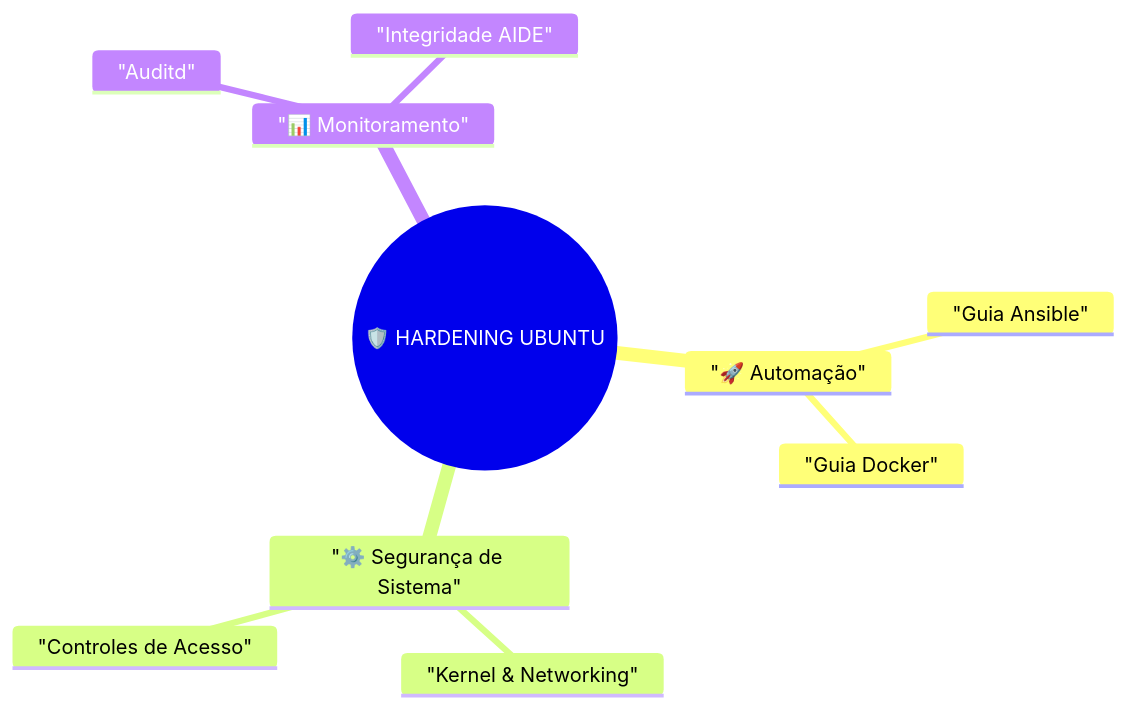
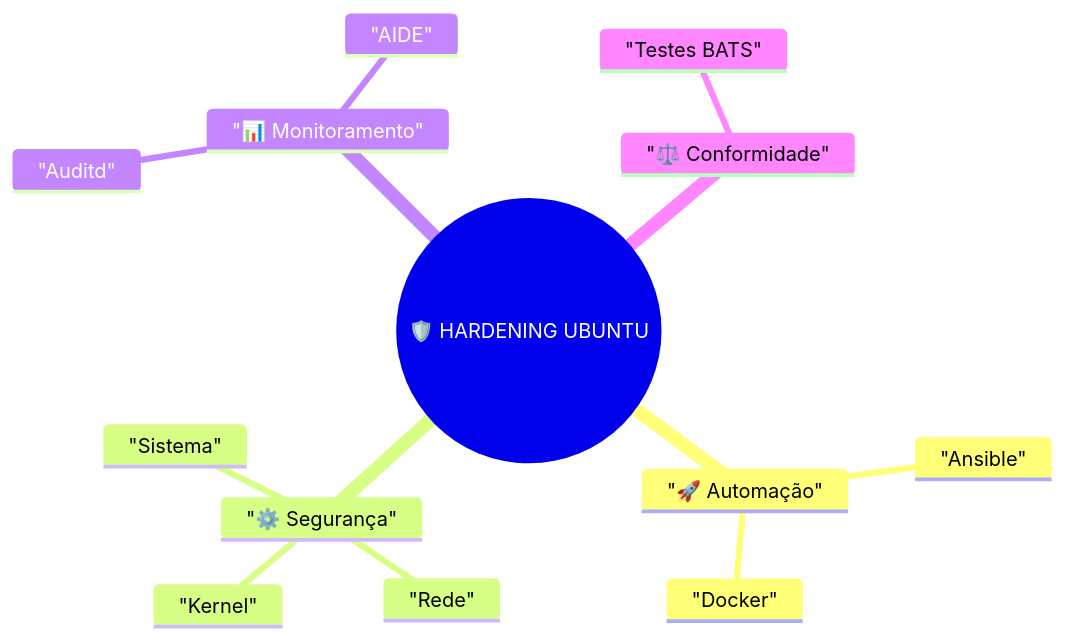
One commit to maurocapuanopy-source/hardening changed the first of 2 diagrams in docs/index.md. Above: the diagram before and after it, drawn with Mermaid. The commit also changed other lines of this file and 4 other files, not shown here.

````diff
--- a/docs/index.md
+++ b/docs/index.md
@@ -30,13 +51,16 @@
 ```mermaid
 mindmap
   root(("🛡️ HARDENING UBUNTU"))
     "🚀 Automação"
-      "Guia Ansible"
-      "Guia Docker"
-    "⚙️ Segurança de Sistema"
-      "Kernel & Networking"
-      "Controles de Acesso"
+      "Ansible"
+      "Docker"
+    "⚙️ Segurança"
+      "Kernel"
+      "Rede"
+      "Sistema"
     "📊 Monitoramento"
       "Auditd"
-      "Integridade AIDE"
+      "AIDE"
+    "⚖️ Conformidade"
+      "Testes BATS"
 ```
````
